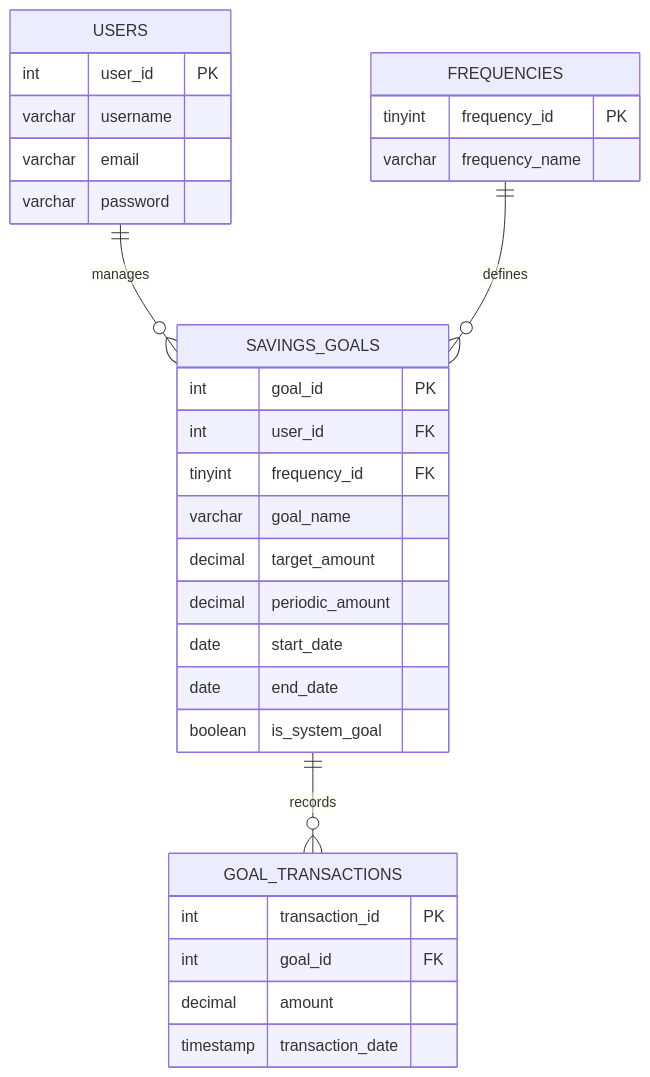
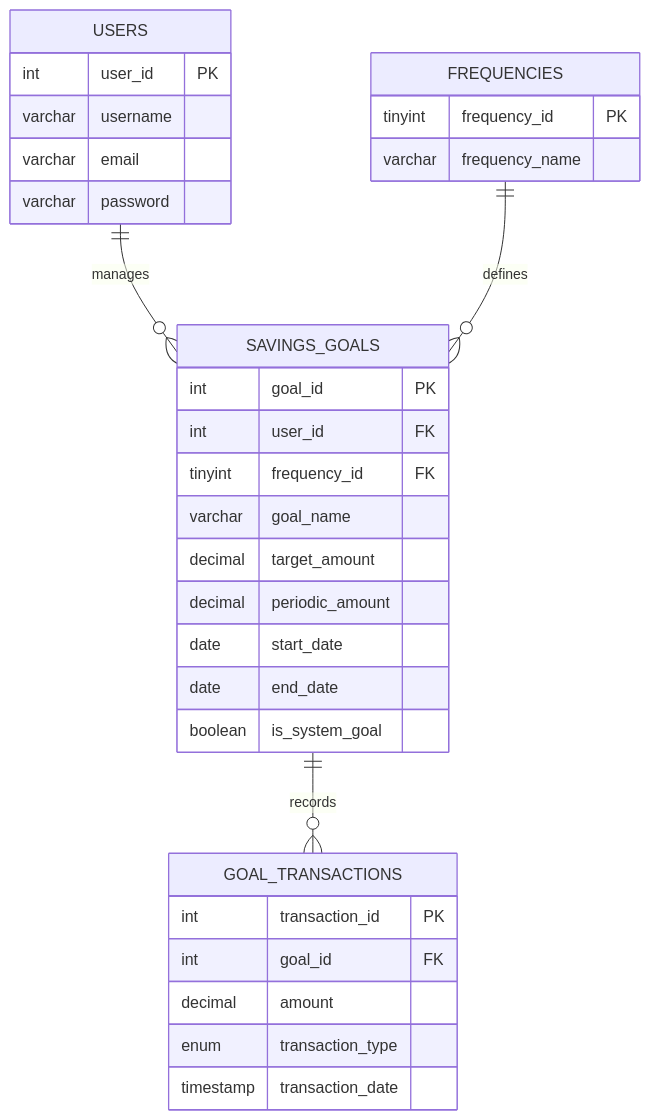
The diagram in docs/erd_diagram.md (HernandezRosasSergio0309/savings-app-pro), drawn with Mermaid before and after one commit.

Commit message:
Add transaction_type enum to GOAL_TRANSACTIONS

```diff
--- a/docs/erd_diagram.md
+++ b/docs/erd_diagram.md
@@ -1,37 +1,38 @@
 ~~~mermaid
 erDiagram
     USERS ||--o{ SAVINGS_GOALS : "manages"
     FREQUENCIES ||--o{ SAVINGS_GOALS : "defines"
     SAVINGS_GOALS ||--o{ GOAL_TRANSACTIONS : "records"
 
     USERS {
         int user_id PK
         varchar username
         varchar email
         varchar password
     }
 
     FREQUENCIES {
         tinyint frequency_id PK
         varchar frequency_name
     }
 
     SAVINGS_GOALS {
         int goal_id PK
         int user_id FK
         tinyint frequency_id FK
         varchar goal_name
         decimal target_amount
         decimal periodic_amount
         date start_date
         date end_date
         boolean is_system_goal
     }
 
     GOAL_TRANSACTIONS {
         int transaction_id PK
         int goal_id FK
         decimal amount
+        enum transaction_type
         timestamp transaction_date
     }
 ~~~
```
